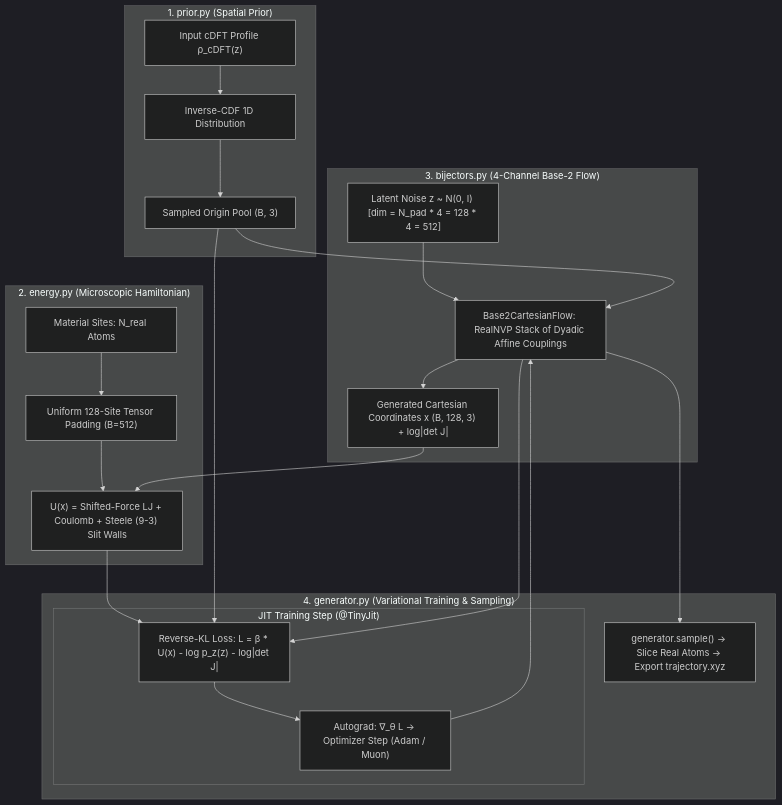
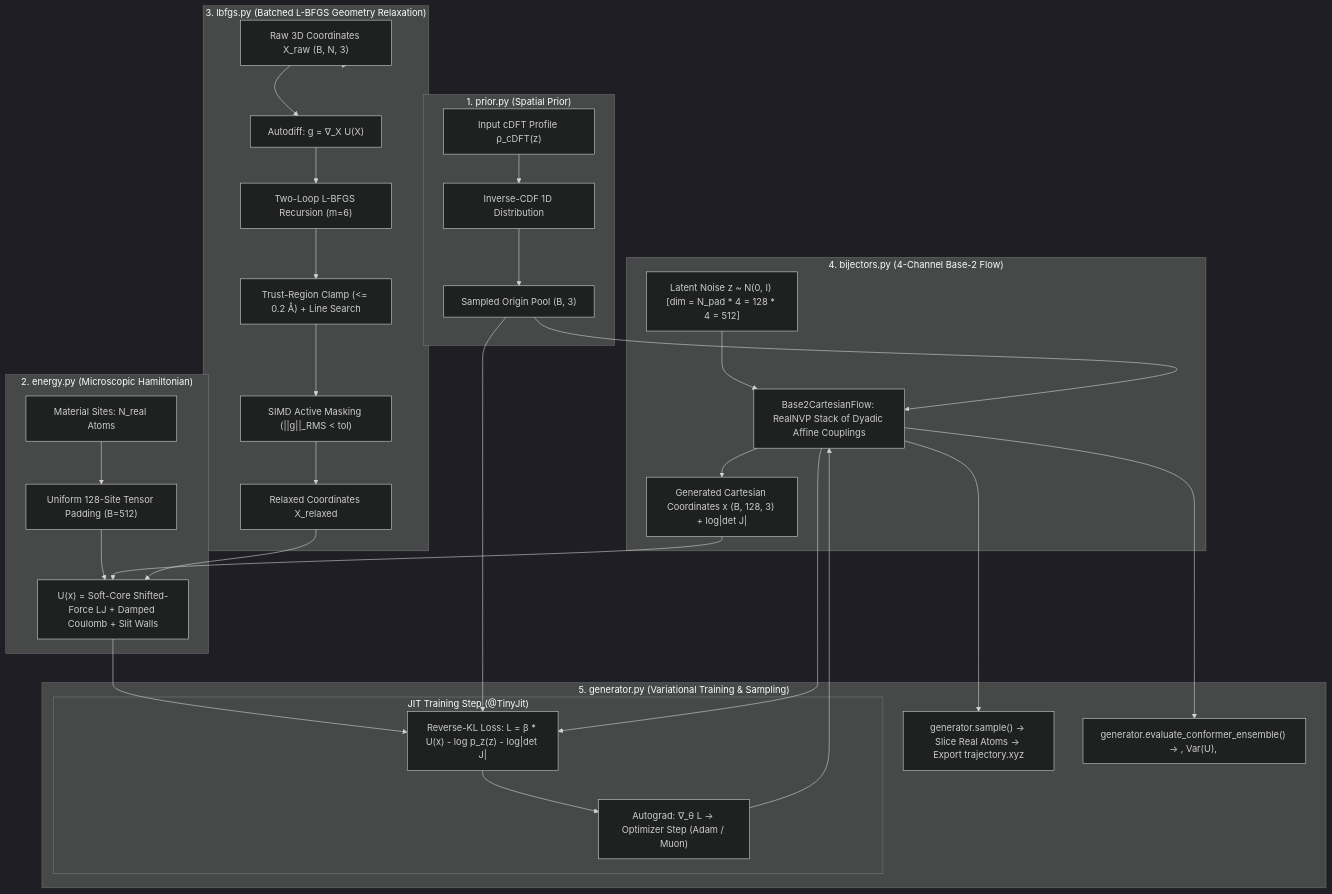
One commit to ExcessFreeEnergy/dens-city changed the diagram in src/dens_city/boltzmann/boltzman_spec.md. Above: the diagram before and after it, drawn with Mermaid (dark theme). The commit also changed other lines of this file and 20 other files, not shown here.

First line of the commit message:
feat(funnel): add 3-stage generative molecular funnel with batched L-BFGS and soft-core potentials

````diff
--- a/src/dens_city/boltzmann/boltzman_spec.md
+++ b/src/dens_city/boltzmann/boltzman_spec.md
@@ -32,38 +32,50 @@
 ```mermaid
 flowchart TD
     subgraph P["1. prior.py (Spatial Prior)"]
         Rho["Input cDFT Profile ρ_cDFT(z)"] --> CDF["Inverse-CDF 1D Distribution"]
         CDF --> Origins["Sampled Origin Pool (B, 3)"]
     end
 
     subgraph E["2. energy.py (Microscopic Hamiltonian)"]
         Mol["Material Sites: N_real Atoms"] --> Pad["Uniform 128-Site Tensor Padding (B=512)"]
-        Pad --> Ham["U(x) = Shifted-Force LJ + Coulomb + Steele (9-3) Slit Walls"]
+        Pad --> Ham["U(x) = Soft-Core Shifted-Force LJ + Damped Coulomb + Slit Walls"]
     end
 
-    subgraph B["3. bijectors.py (4-Channel Base-2 Flow)"]
+    subgraph OPT["3. lbfgs.py (Batched L-BFGS Geometry Relaxation)"]
+        RawCoords["Raw 3D Coordinates X_raw (B, N, 3)"] --> AutodiffForces["Autodiff: g = ∇_X U(X)"]
+        AutodiffForces --> TwoLoop["Two-Loop L-BFGS Recursion (m=6)"]
+        TwoLoop --> TrustRegion["Trust-Region Clamp (<= 0.2 Å) + Line Search"]
+        TrustRegion --> SIMDMask["SIMD Active Masking (||g||_RMS < tol)"]
+        SIMDMask --> RelaxedCoords["Relaxed Coordinates X_relaxed"]
+    end
+
+    subgraph B["4. bijectors.py (4-Channel Base-2 Flow)"]
         Latent["Latent Noise z ~ N(0, I) [dim = N_pad * 4 = 128 * 4 = 512]"]
         Flow["Base2CartesianFlow: RealNVP Stack of Dyadic Affine Couplings"]
         Latent --> Flow
         Flow --> Coords["Generated Cartesian Coordinates x (B, 128, 3) + log|det J|"]
     end
 
-    subgraph G["4. generator.py (Variational Training & Sampling)"]
+    subgraph G["5. generator.py (Variational Training & Sampling)"]
         subgraph LOOP["JIT Training Step (@TinyJit)"]
             Loss["Reverse-KL Loss: L = β * U(x) - log p_z(z) - log|det J|"]
             Grad["Autograd: ∇_θ L -> Optimizer Step (Adam / Muon)"]
             Loss --> Grad
         end
         
         Sample["generator.sample() -> Slice Real Atoms -> Export trajectory.xyz"]
+        Stats["generator.evaluate_conformer_ensemble() -> <U_3D>, Var(U), <ln p(x)>"]
     end
 
     %% Data Flow Connections
     Origins --> Flow
     Coords --> Ham
+    RawCoords --> OPT
+    RelaxedCoords --> Ham
     Ham --> Loss
     Origins --> Loss
     Flow --> Loss
     Grad --> Flow
     Flow --> Sample
+    Flow --> Stats
 ```
````
